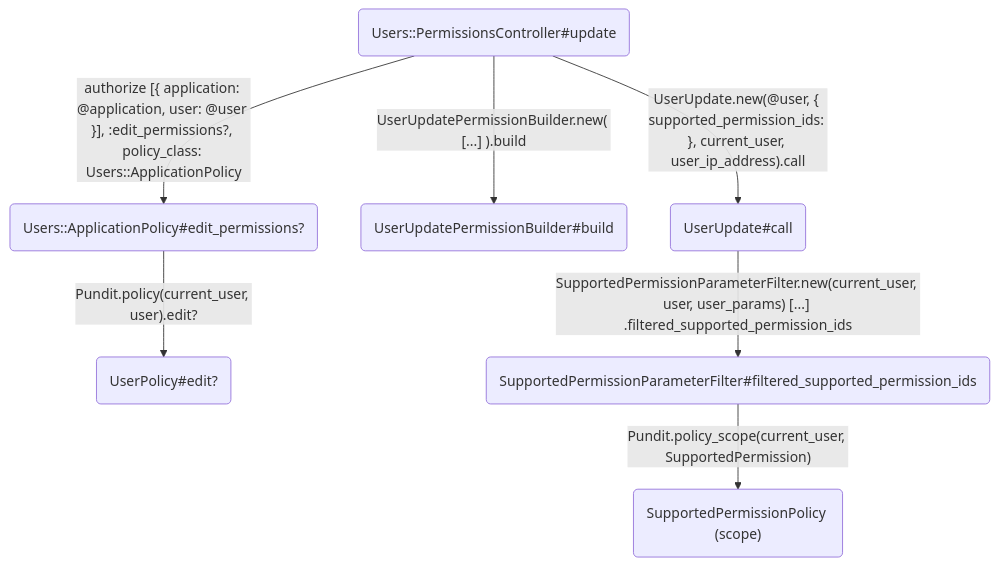
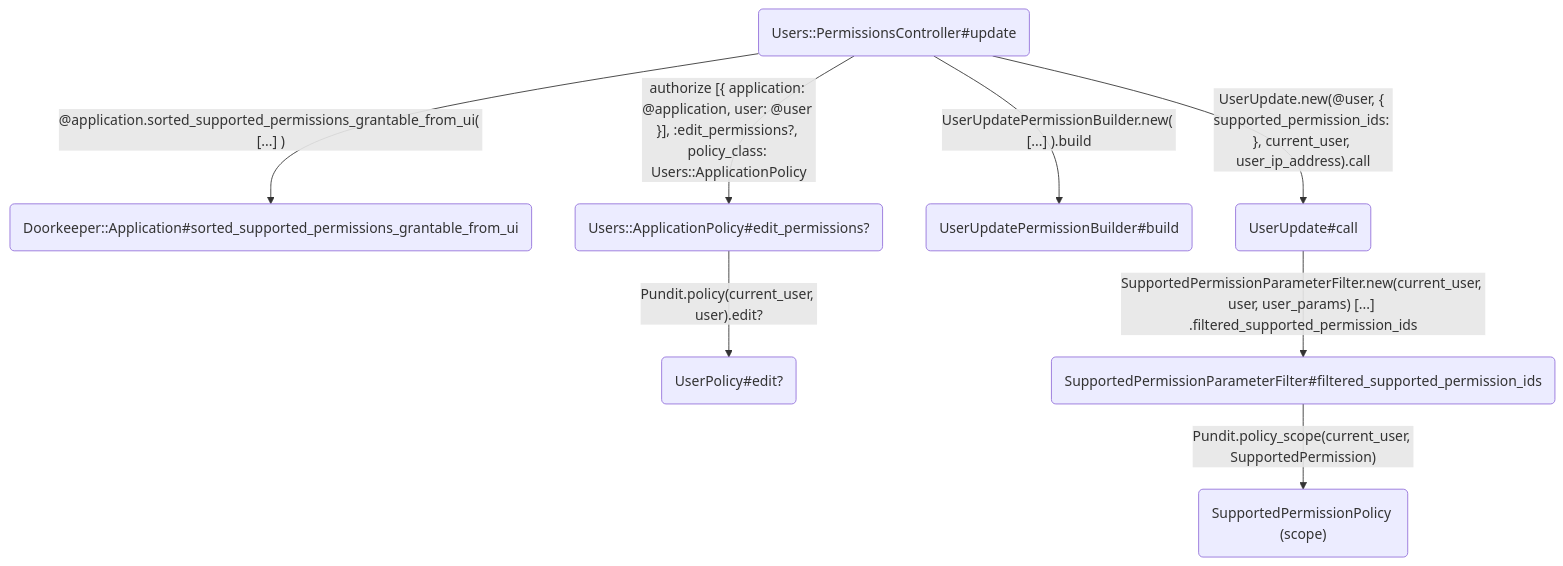
One commit to alphagov/signon changed the tenth of 12 diagrams in docs/access_and_permissions.md. Above: the diagram before and after it, drawn with Mermaid. The commit also changed other lines of this file, not shown here.

First line of the commit message:
Update access and permissions documentation

````diff
--- a/docs/access_and_permissions.md
+++ b/docs/access_and_permissions.md
@@ -239,9 +236,10 @@
 ```mermaid
 flowchart TD
-    A(Users::PermissionsController#update) --authorize [{ application: @application, user: @user }], :edit_permissions?, policy_class: Users::ApplicationPolicy--> B(Users::ApplicationPolicy#edit_permissions?)
-    B --Pundit.policy(current_user, user).edit?--> C(UserPolicy#edit?)
-    A --UserUpdatePermissionBuilder.new( [...] ).build--> D(UserUpdatePermissionBuilder#build)
-    A --UserUpdate.new(@user, { supported_permission_ids: }, current_user, user_ip_address).call--> E(UserUpdate#call)
-    E --SupportedPermissionParameterFilter.new(current_user, user, user_params) [...] .filtered_supported_permission_ids--> F(SupportedPermissionParameterFilter#filtered_supported_permission_ids)
-    F --Pundit.policy_scope(current_user, SupportedPermission)--> G("SupportedPermissionPolicy (scope)")
+    A(Users::PermissionsController#update) --@application.sorted_supported_permissions_grantable_from_ui( [...] )--> B(Doorkeeper::Application#sorted_supported_permissions_grantable_from_ui)
+    A --authorize [{ application: @application, user: @user }], :edit_permissions?, policy_class: Users::ApplicationPolicy--> C(Users::ApplicationPolicy#edit_permissions?)
+    C --Pundit.policy(current_user, user).edit?--> D(UserPolicy#edit?)
+    A --UserUpdatePermissionBuilder.new( [...] ).build--> E(UserUpdatePermissionBuilder#build)
+    A --UserUpdate.new(@user, { supported_permission_ids: }, current_user, user_ip_address).call--> F(UserUpdate#call)
+    F --SupportedPermissionParameterFilter.new(current_user, user, user_params) [...] .filtered_supported_permission_ids--> G(SupportedPermissionParameterFilter#filtered_supported_permission_ids)
+    G --Pundit.policy_scope(current_user, SupportedPermission)--> H("SupportedPermissionPolicy (scope)")
 ```
````
